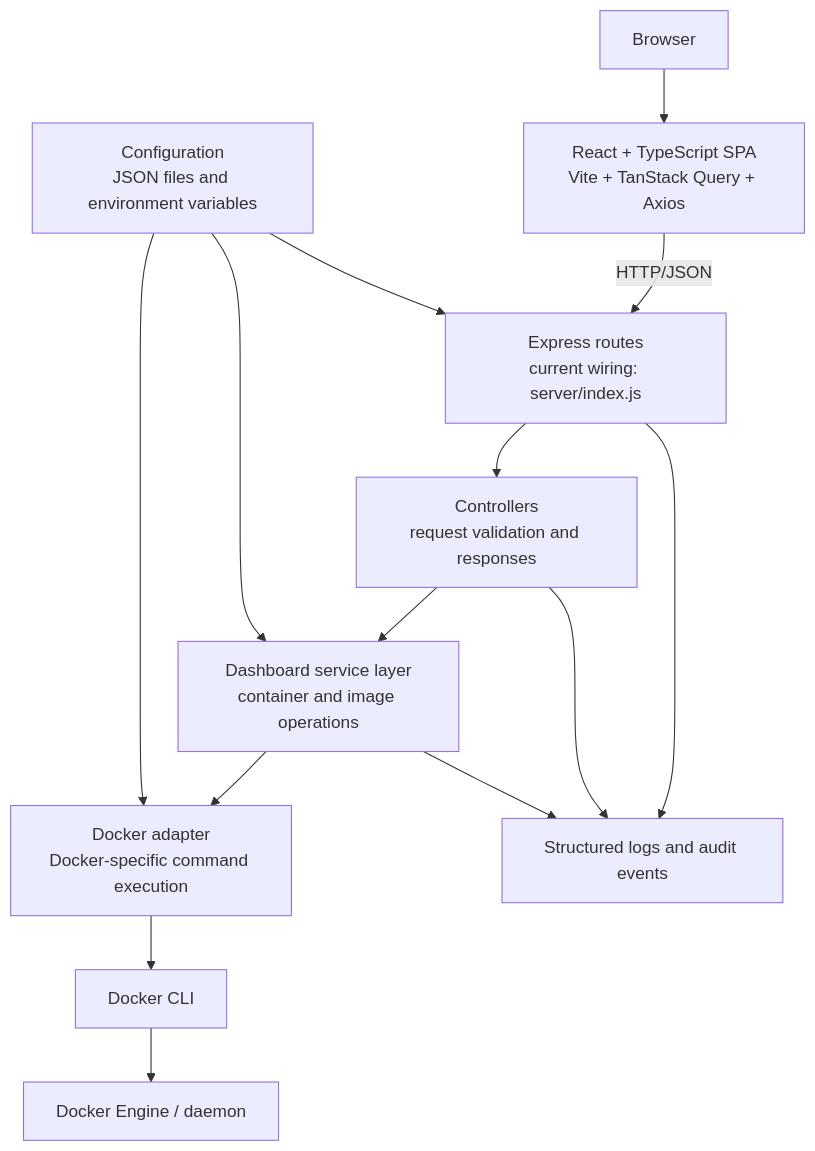
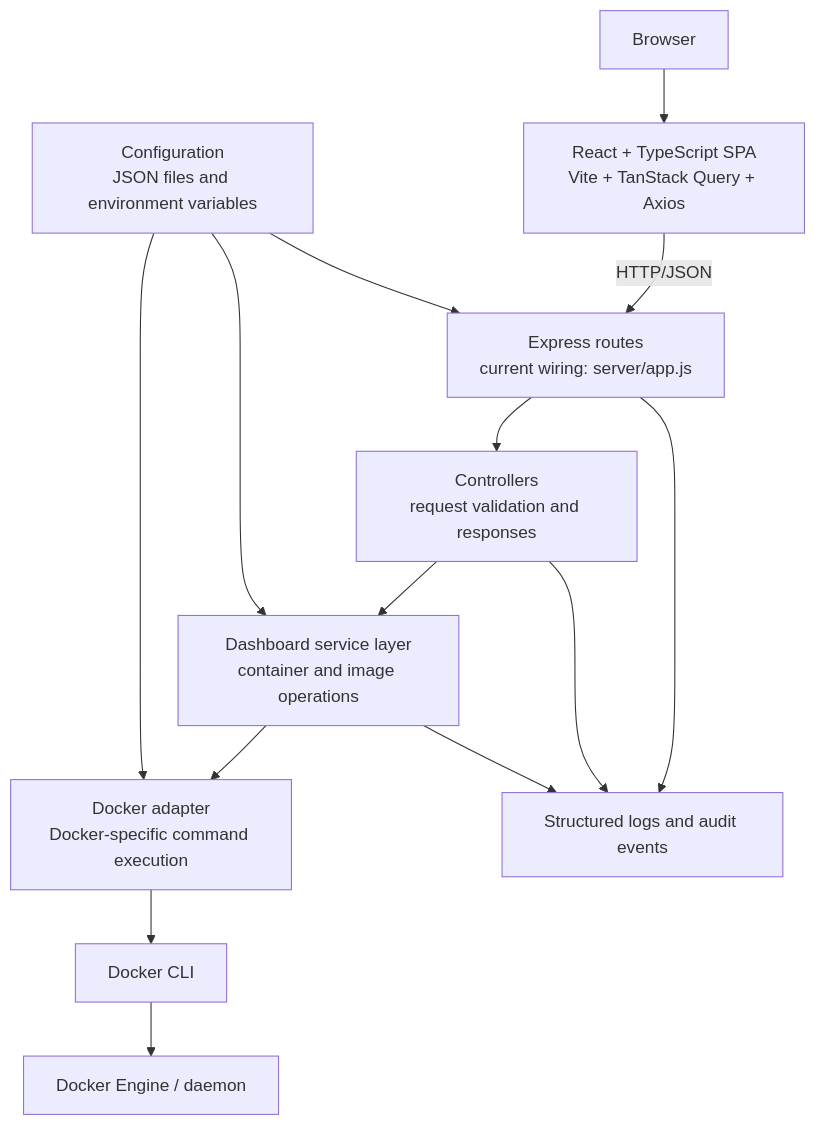
Before and after one commit to Bhandekunal16/docker-dashboard: the first of 4 diagrams in docs/SYSTEM_ARCHITECTURE.md, drawn with Mermaid. The commit also changed other lines of this file and 12 other files, not shown here.

````diff
--- a/docs/SYSTEM_ARCHITECTURE.md
+++ b/docs/SYSTEM_ARCHITECTURE.md
@@ -28,27 +29,27 @@
 ```mermaid
 flowchart TD
     Browser[Browser]
     SPA[React + TypeScript SPA<br/>Vite + TanStack Query + Axios]
-    Routes[Express routes<br/>current wiring: server/index.js]
+    Routes[Express routes<br/>current wiring: server/app.js]
     Controllers[Controllers<br/>request validation and responses]
     Services[Dashboard service layer<br/>container and image operations]
     Adapter[Docker adapter<br/>Docker-specific command execution]
     CLI[Docker CLI]
     Engine[Docker Engine / daemon]
     Config[Configuration<br/>JSON files and environment variables]
     Logs[Structured logs and audit events]
 
     Browser --> SPA
     SPA -->|HTTP/JSON| Routes
     Routes --> Controllers
     Controllers --> Services
     Services --> Adapter
     Adapter --> CLI
     CLI --> Engine
     Config --> Routes
     Config --> Services
     Config --> Adapter
     Routes --> Logs
     Controllers --> Logs
     Services --> Logs
 ```
````
